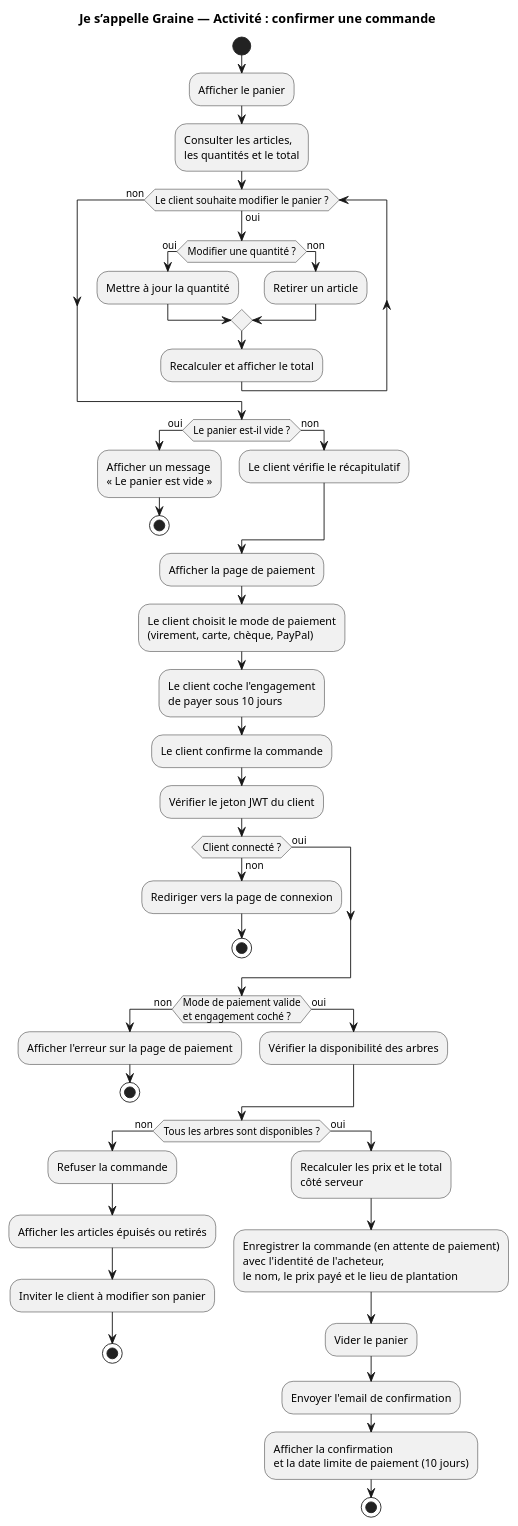
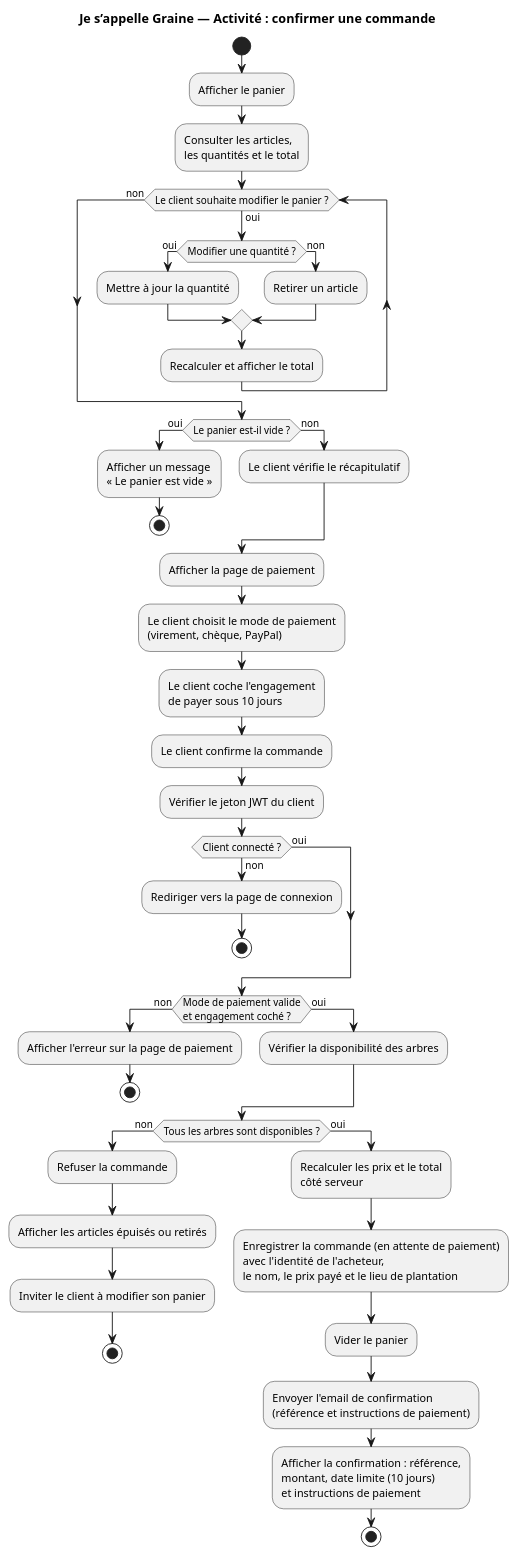
One commit to DimitryDereppe/je-s-appelle-graine changed the diagram in docs/conception/diagrammes/04-diagramme-activite-achat.puml. Above: the diagram before and after it, drawn with PlantUML. The commit also changed 23 other files, not shown here.

Commit message:
docs: suppression de la table cart, annulation des commandes par le client, paiement sans carte, routes /api/auth et /commandes, TypeScript, relecture complète de la documentation

```diff
--- a/docs/conception/diagrammes/04-diagramme-activite-achat.puml
+++ b/docs/conception/diagrammes/04-diagramme-activite-achat.puml
@@ -1,65 +1,67 @@
 @startuml 04-diagramme-activite-achat
 title Je s’appelle Graine — Activité : confirmer une commande
 
 start
 :Afficher le panier;
 :Consulter les articles,
 les quantités et le total;
 
 while (Le client souhaite modifier le panier ?) is (oui)
   if (Modifier une quantité ?) then (oui)
     :Mettre à jour la quantité;
   else (non)
     :Retirer un article;
   endif
   :Recalculer et afficher le total;
 endwhile (non)
 
 if (Le panier est-il vide ?) then (oui)
   :Afficher un message
   « Le panier est vide »;
   stop
 else (non)
   :Le client vérifie le récapitulatif;
 endif
 
 :Afficher la page de paiement;
 :Le client choisit le mode de paiement
-(virement, carte, chèque, PayPal);
+(virement, chèque, PayPal);
 :Le client coche l'engagement
 de payer sous 10 jours;
 :Le client confirme la commande;
 
 :Vérifier le jeton JWT du client;
 if (Client connecté ?) then (non)
   :Rediriger vers la page de connexion;
   stop
 else (oui)
 endif
 
 if (Mode de paiement valide
 et engagement coché ?) then (non)
   :Afficher l'erreur sur la page de paiement;
   stop
 else (oui)
   :Vérifier la disponibilité des arbres;
 endif
 
 if (Tous les arbres sont disponibles ?) then (non)
   :Refuser la commande;
   :Afficher les articles épuisés ou retirés;
   :Inviter le client à modifier son panier;
   stop
 else (oui)
   :Recalculer les prix et le total
   côté serveur;
   :Enregistrer la commande (en attente de paiement)
   avec l'identité de l'acheteur,
   le nom, le prix payé et le lieu de plantation;
   :Vider le panier;
-  :Envoyer l'email de confirmation;
-  :Afficher la confirmation
-  et la date limite de paiement (10 jours);
+  :Envoyer l'email de confirmation
+  (référence et instructions de paiement);
+  :Afficher la confirmation : référence,
+  montant, date limite (10 jours)
+  et instructions de paiement;
   stop
 endif
 @enduml
```
